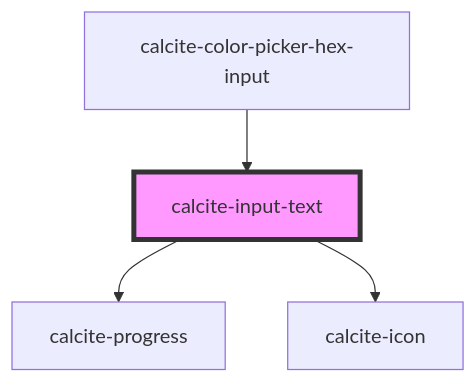
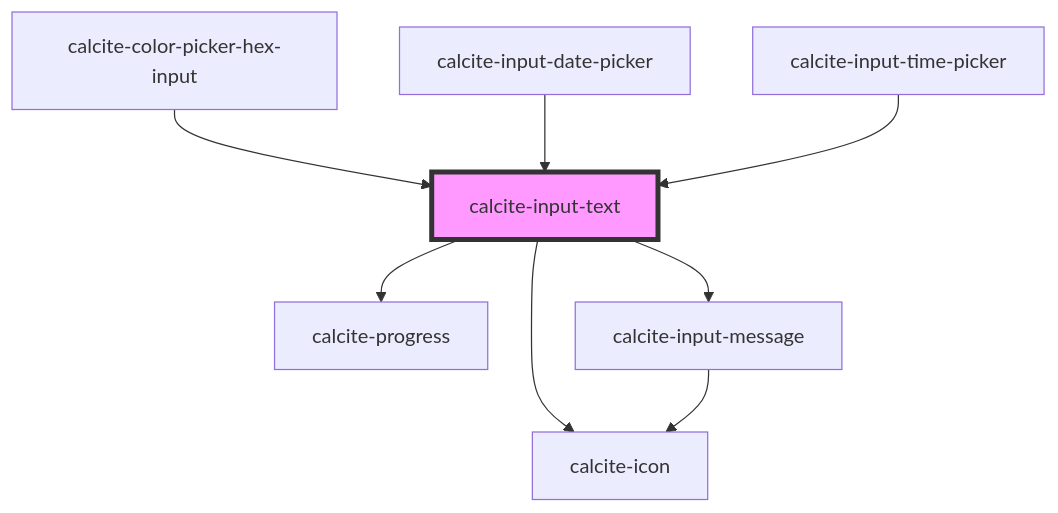
One commit to vikivakarvc/calcite-design-system changed the diagram in packages/calcite-components/src/components/input-text/readme.md. Above: the diagram before and after it, drawn with Mermaid. The commit also changed other lines of this file and 64 other files, not shown here.

````diff
--- a/packages/calcite-components/src/components/input-text/readme.md
+++ b/packages/calcite-components/src/components/input-text/readme.md
@@ -88,7 +93,11 @@
 ```mermaid
 graph TD;
   calcite-input-text --> calcite-progress
   calcite-input-text --> calcite-icon
+  calcite-input-text --> calcite-input-message
+  calcite-input-message --> calcite-icon
   calcite-color-picker-hex-input --> calcite-input-text
+  calcite-input-date-picker --> calcite-input-text
+  calcite-input-time-picker --> calcite-input-text
   style calcite-input-text fill:#f9f,stroke:#333,stroke-width:4px
 ```
````
